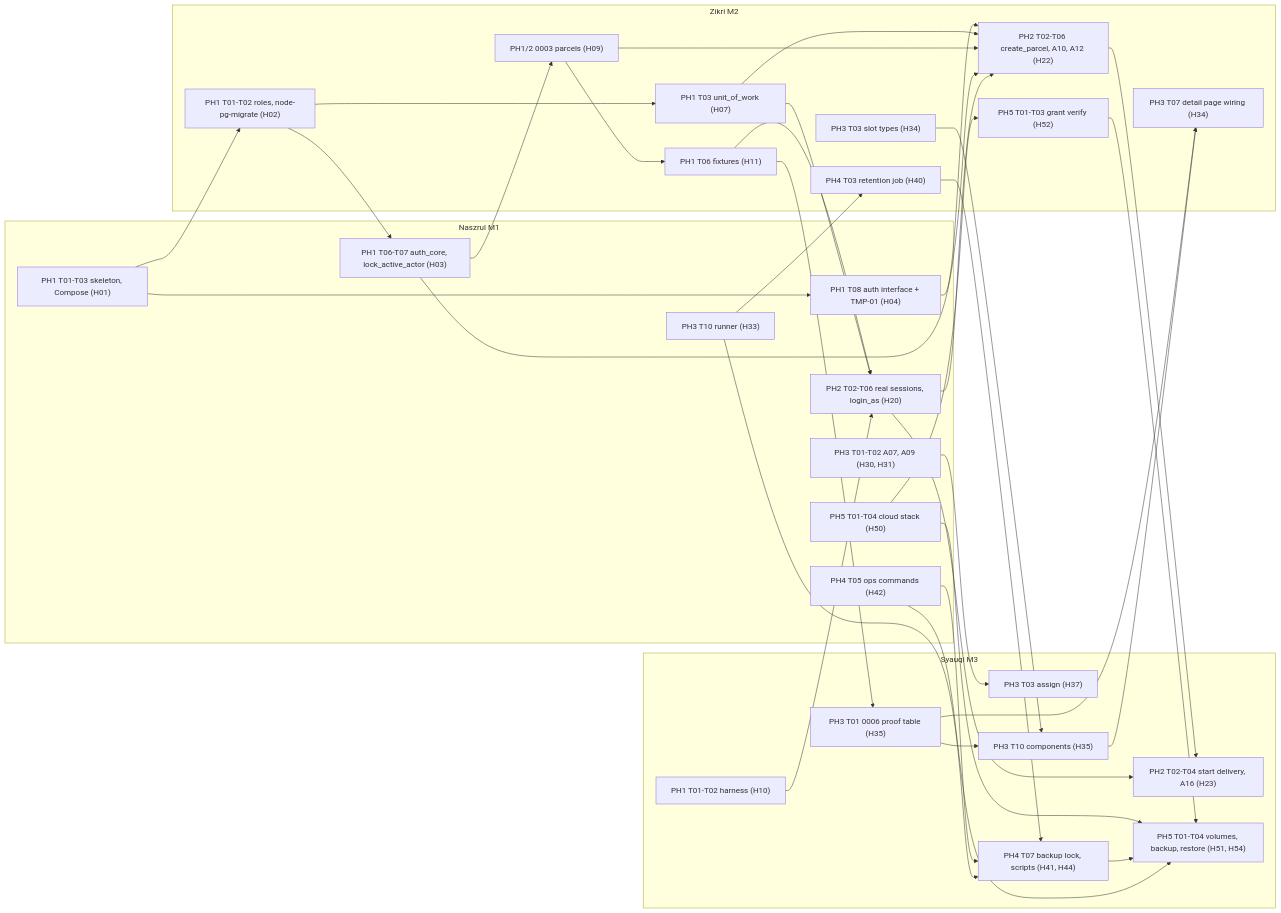
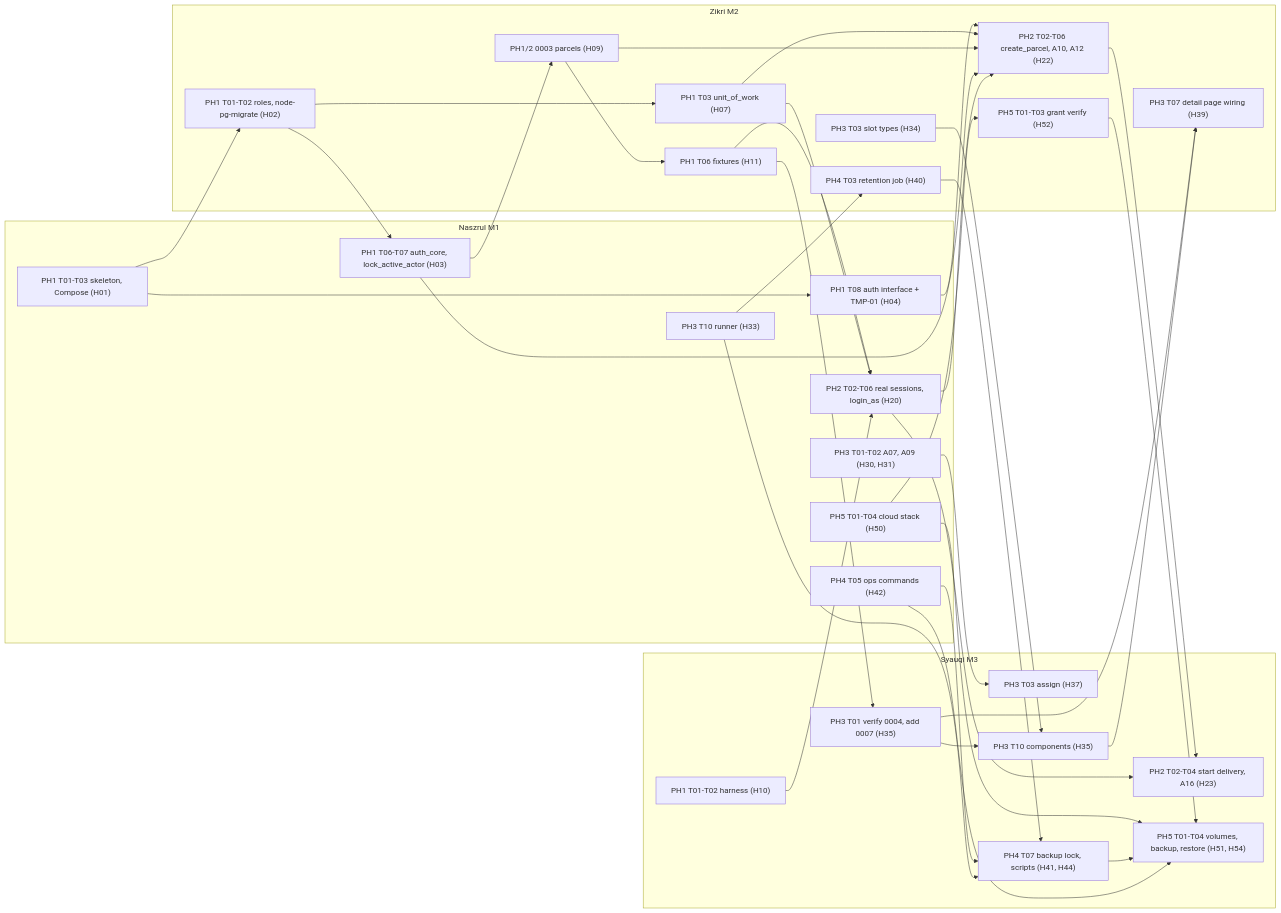
One commit to Naszrul-NZL/ParcelTrack-Lite changed the diagram in docs/shared/dependency-matrix.md. Above: the diagram before and after it, drawn with Mermaid. The commit also changed other lines of this file and 214 other files, not shown here.

````diff
--- a/docs/shared/dependency-matrix.md
+++ b/docs/shared/dependency-matrix.md
@@ -106,64 +106,64 @@
 ```mermaid
 flowchart LR
   subgraph Naszrul[Naszrul M1]
     N1["PH1 T01-T03 skeleton, Compose (H01)"]
     N2["PH1 T06-T07 auth_core, lock_active_actor (H03)"]
     N3["PH1 T08 auth interface + TMP-01 (H04)"]
     N4["PH2 T02-T06 real sessions, login_as (H20)"]
     N5["PH3 T01-T02 A07, A09 (H30, H31)"]
     N6["PH3 T10 runner (H33)"]
     N7["PH4 T05 ops commands (H42)"]
     N8["PH5 T01-T04 cloud stack (H50)"]
   end
   subgraph ZIKRI[Zikri M2]
     Z1["PH1 T01-T02 roles, node-pg-migrate (H02)"]
     Z2["PH1 T03 unit_of_work (H07)"]
     Z3["PH1/2 0003 parcels (H09)"]
     Z4["PH1 T06 fixtures (H11)"]
     Z5["PH2 T02-T06 create_parcel, A10, A12 (H22)"]
     Z6["PH3 T03 slot types (H34)"]
-    Z6b["PH3 T07 detail page wiring (H34)"]
+    Z6b["PH3 T07 detail page wiring (H39)"]
     Z7["PH4 T03 retention job (H40)"]
     Z8["PH5 T01-T03 grant verify (H52)"]
   end
   subgraph Syauqi[Syauqi M3]
     Q1["PH1 T01-T02 harness (H10)"]
     Q2["PH2 T02-T04 start delivery, A16 (H23)"]
-    Q3["PH3 T01 0006 proof table (H35)"]
+    Q3["PH3 T01 verify 0004, add 0007 (H35)"]
     Q4["PH3 T03 assign (H37)"]
     Q5["PH3 T10 components (H35)"]
     Q6["PH4 T07 backup lock, scripts (H41, H44)"]
     Q7["PH5 T01-T04 volumes, backup, restore (H51, H54)"]
   end
   N1 --> Z1
   Z1 --> N2
   N2 --> Z3
   Z1 --> Z2
   N1 --> N3
   Z3 --> Z4
   N3 --> Z5
   Z2 --> Z5
   Z3 --> Z5
   N2 --> Z5
   Q1 --> N4
   Z4 --> N4
   Z2 --> N4
   N4 --> Z5
   N4 --> Q2
   Z5 --> Q2
   N5 --> Q4
   Z6 --> Q5
   Q3 --> Z6b
   Q5 --> Z6b
   Z4 --> Q3
   N6 --> Z7
   Q3 --> Q5
   Z7 --> Q6
   N7 --> Q6
   N6 --> Q6
   N8 --> Z8
   N8 --> Q7
   Q6 --> Q7
   N7 --> Q7
   Z8 --> Q7
 ```
````
